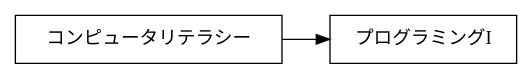
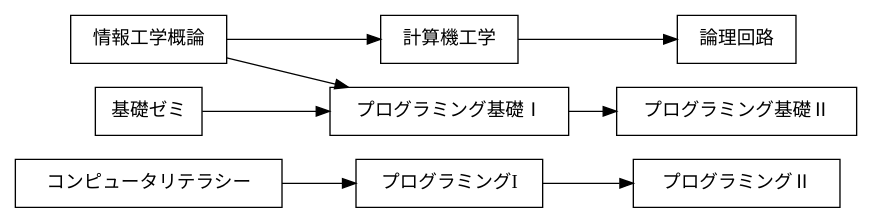
One commit to DCS-1-301-02-2026/graph-G684852026 changed the first of 4 diagrams in exercise.md. Above: the diagram before and after it, drawn with Graphviz. The commit also changed other lines of this file and 1 other file, not shown here.

````diff
--- a/exercise.md
+++ b/exercise.md
@@ -11,8 +11,11 @@
 ```graphviz
 digraph {
     rankdir = "LR";
     node [shape=box];
-
-    "     コンピュータリテラシー    " -> "   プログラミングI  ";
+    
+    "     コンピュータリテラシー    " -> "   プログラミングI  " -> "　プログラミングⅡ　";
+    "   情報工学概論  " -> "   計算機工学  " -> "   論理回路  ";
+    "   情報工学概論  " -> "　プログラミング基礎Ⅰ　"
+    " 基礎ゼミ " -> "　プログラミング基礎Ⅰ　" -> "    プログラミング基礎Ⅱ   ";
 }
 ```
````
